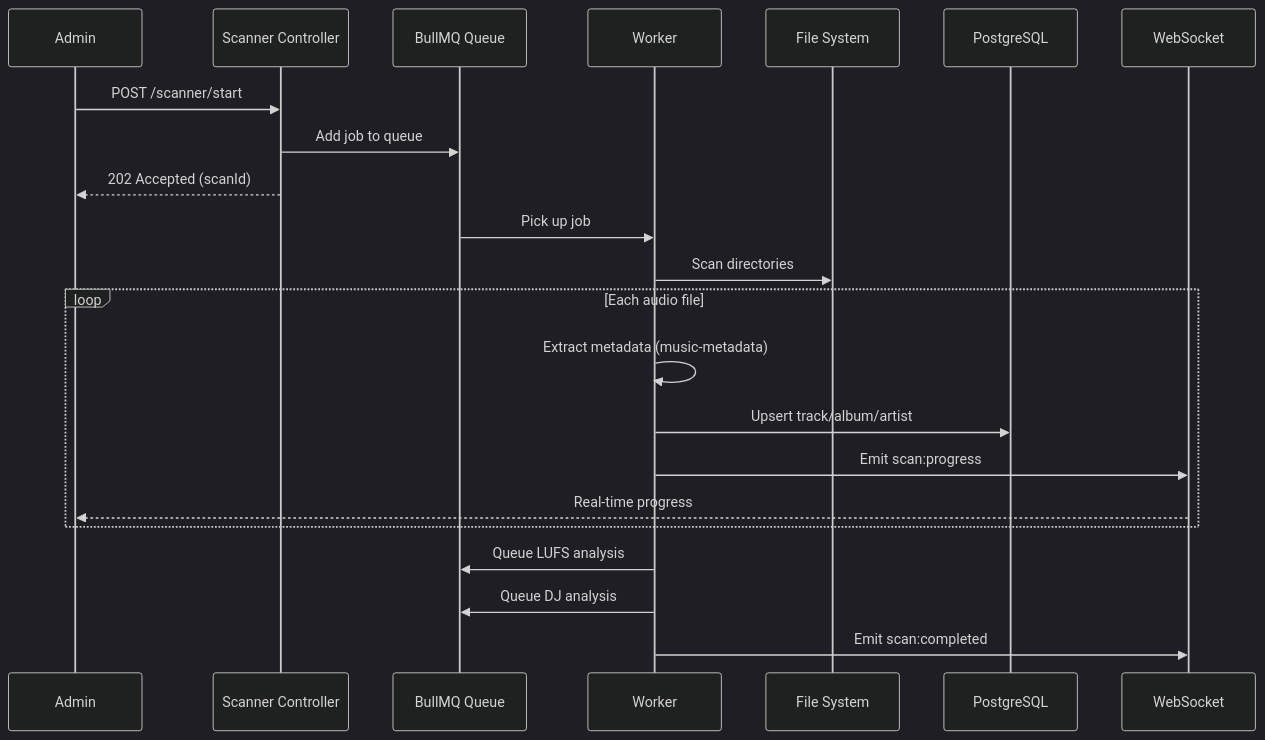
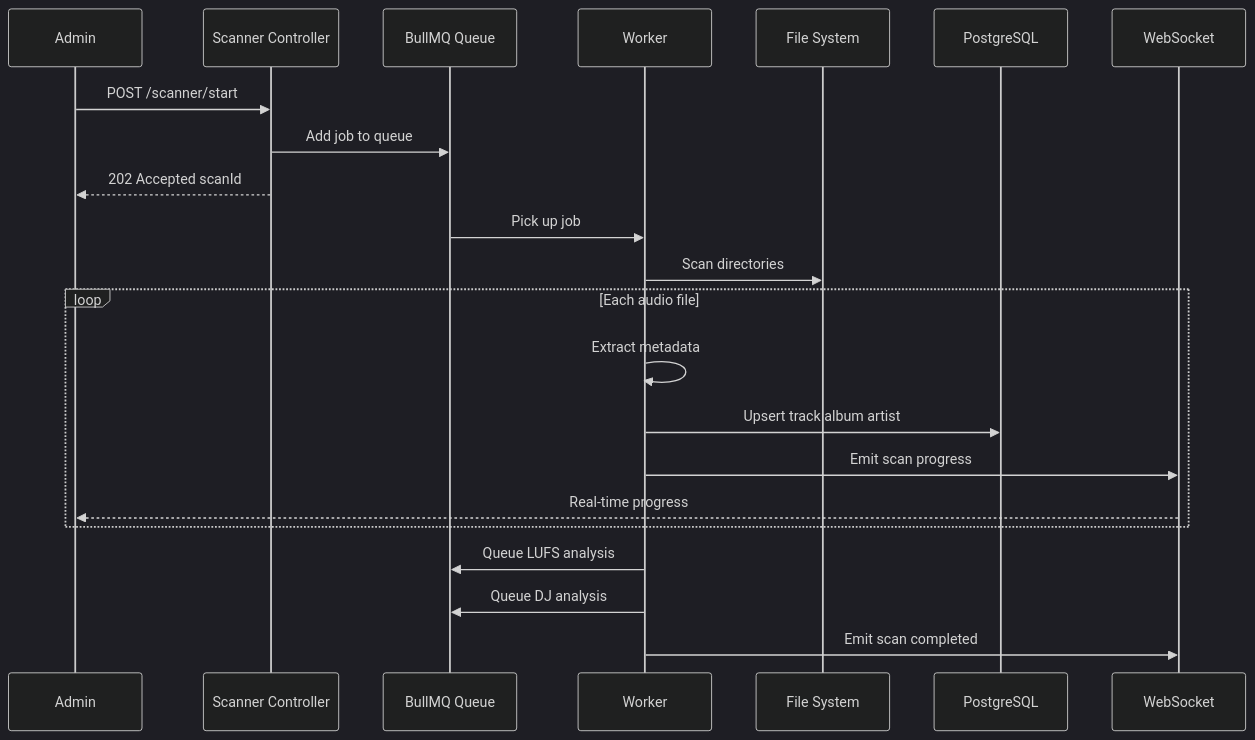
One commit to Alexzafra13/echo changed the fifth of 8 diagrams in docs/architecture.md. Above: the diagram before and after it, drawn with Mermaid (dark theme). The commit also changed other lines of this file, not shown here.

First line of the commit message:
fix(docs): fix Mermaid syntax for GitHub rendering

````diff
--- a/docs/architecture.md
+++ b/docs/architecture.md
@@ -144,26 +144,26 @@
 ```mermaid
 sequenceDiagram
     participant Admin
     participant API as Scanner Controller
     participant Q as BullMQ Queue
     participant W as Worker
     participant FS as File System
     participant DB as PostgreSQL
     participant WS as WebSocket
 
     Admin->>API: POST /scanner/start
     API->>Q: Add job to queue
-    API-->>Admin: 202 Accepted (scanId)
+    API-->>Admin: 202 Accepted scanId
 
     Q->>W: Pick up job
     W->>FS: Scan directories
     loop Each audio file
-        W->>W: Extract metadata (music-metadata)
-        W->>DB: Upsert track/album/artist
-        W->>WS: Emit scan:progress
+        W->>W: Extract metadata
+        W->>DB: Upsert track album artist
+        W->>WS: Emit scan progress
         WS-->>Admin: Real-time progress
     end
     W->>Q: Queue LUFS analysis
     W->>Q: Queue DJ analysis
-    W->>WS: Emit scan:completed
+    W->>WS: Emit scan completed
 ```
````
